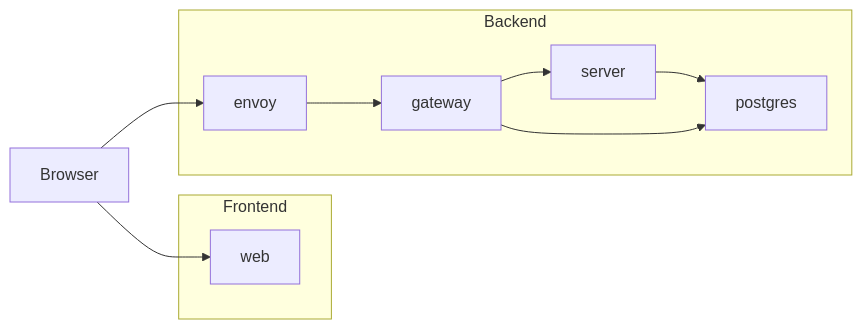
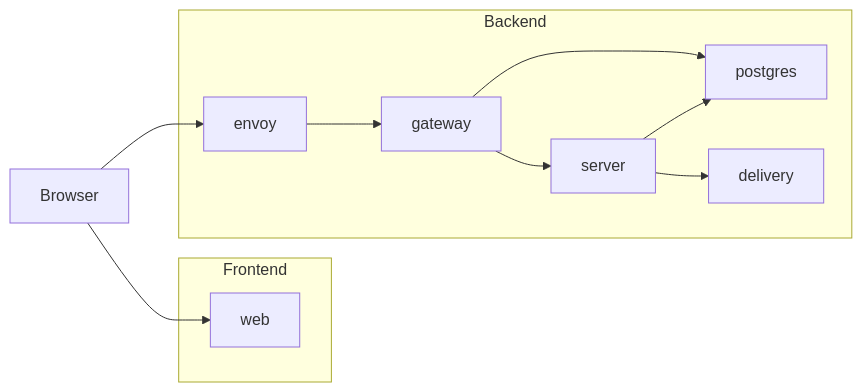
One commit to spine-examples/access-desk-ts changed the diagram in deploy/README.md. Above: the diagram before and after it, drawn with Mermaid. The commit also changed other lines of this file and 2 other files, not shown here.

Commit message:
Run the delivery server in a container of its own, and limit the CPUs of both servers.

````diff
--- a/deploy/README.md
+++ b/deploy/README.md
@@ -22,14 +23,15 @@
 ```mermaid
 flowchart LR
   Browser --> Web
   Browser --> Envoy
   subgraph Frontend
     Web[web]
   end
   subgraph Backend
     Envoy[envoy] --> Gateway[gateway]
     Gateway --> Server[server]
     Server --> Postgres[postgres]
+    Server --> Delivery[delivery]
     Gateway --> Postgres
   end
 ```
````
